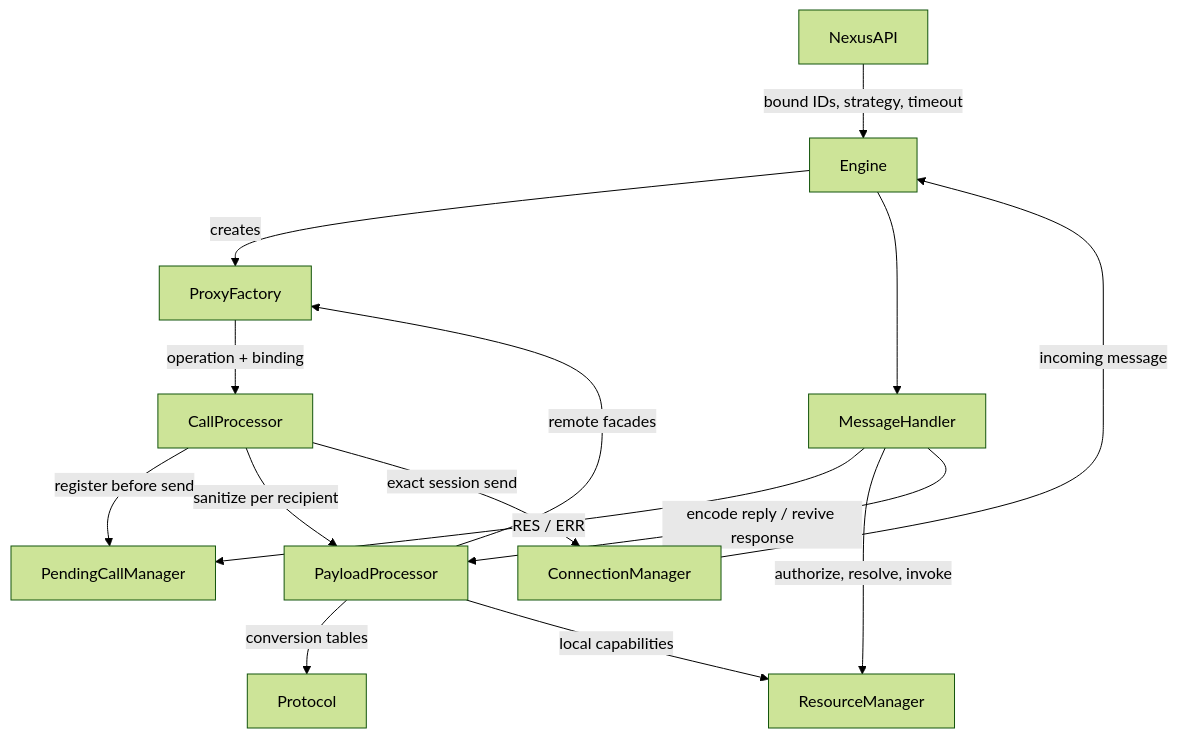
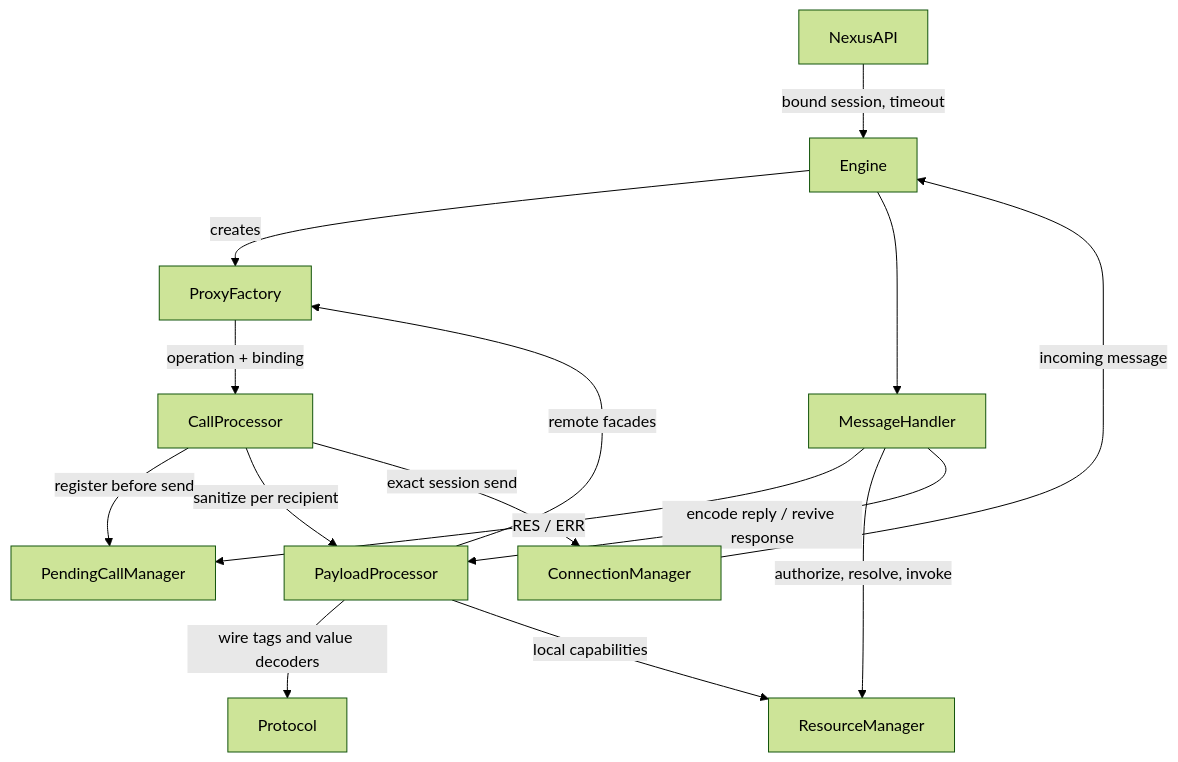
The diagram in packages/core/src/service/README.md (c-w-xiaohei/nexus), drawn with Mermaid (forest theme) before and after one commit. The commit also changed other lines of this file and 184 other files, not shown here.

````diff
--- a/packages/core/src/service/README.md
+++ b/packages/core/src/service/README.md
@@ -7,17 +7,17 @@
 ```mermaid
 graph TD
-    NexusAPI -->|bound IDs, strategy, timeout| Engine
+    NexusAPI -->|bound session, timeout| Engine
     Engine -->|creates| ProxyFactory
     ProxyFactory -->|operation + binding| CallProcessor
     CallProcessor -->|register before send| PendingCallManager
     CallProcessor -->|sanitize per recipient| PayloadProcessor
     CallProcessor -->|exact session send| ConnectionManager
     ConnectionManager -->|incoming message| Engine
     Engine --> MessageHandler
     MessageHandler -->|RES / ERR| PendingCallManager
     MessageHandler -->|authorize, resolve, invoke| ResourceManager
     MessageHandler -->|encode reply / revive response| PayloadProcessor
-    PayloadProcessor -->|conversion tables| Protocol
+    PayloadProcessor -->|wire tags and value decoders| Protocol
     PayloadProcessor -->|local capabilities| ResourceManager
     PayloadProcessor -->|remote facades| ProxyFactory
 ```
````
